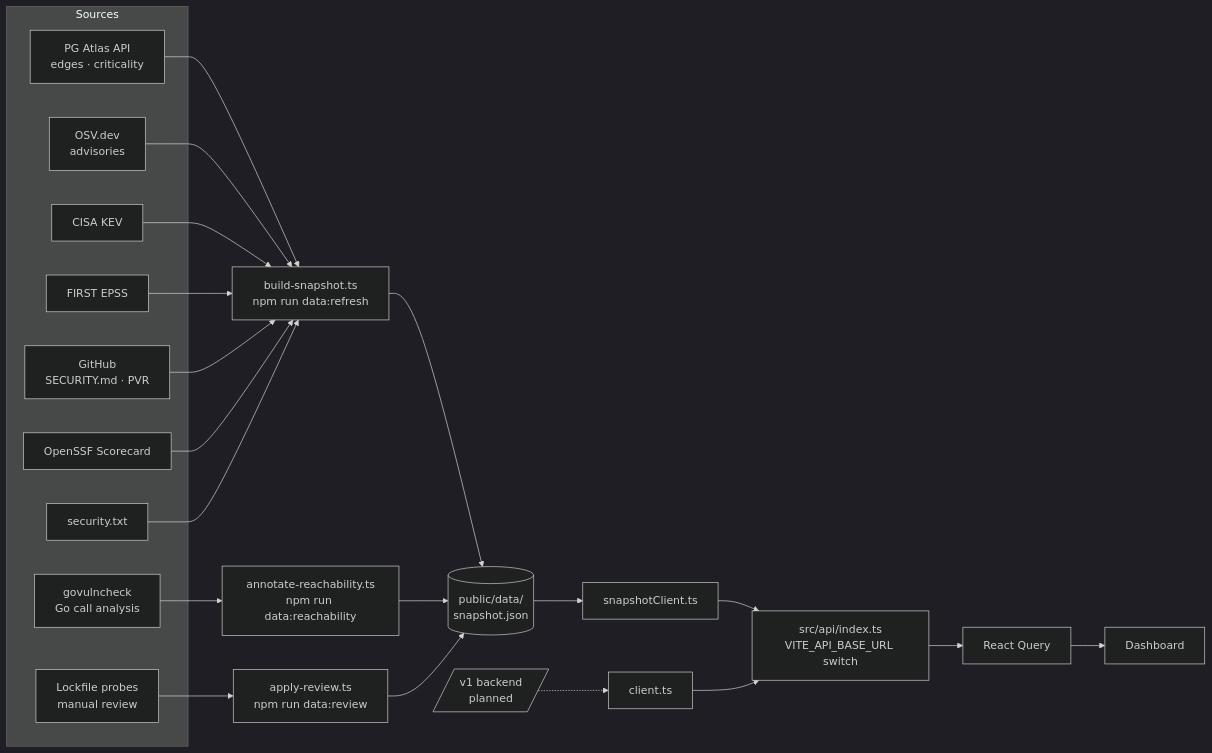
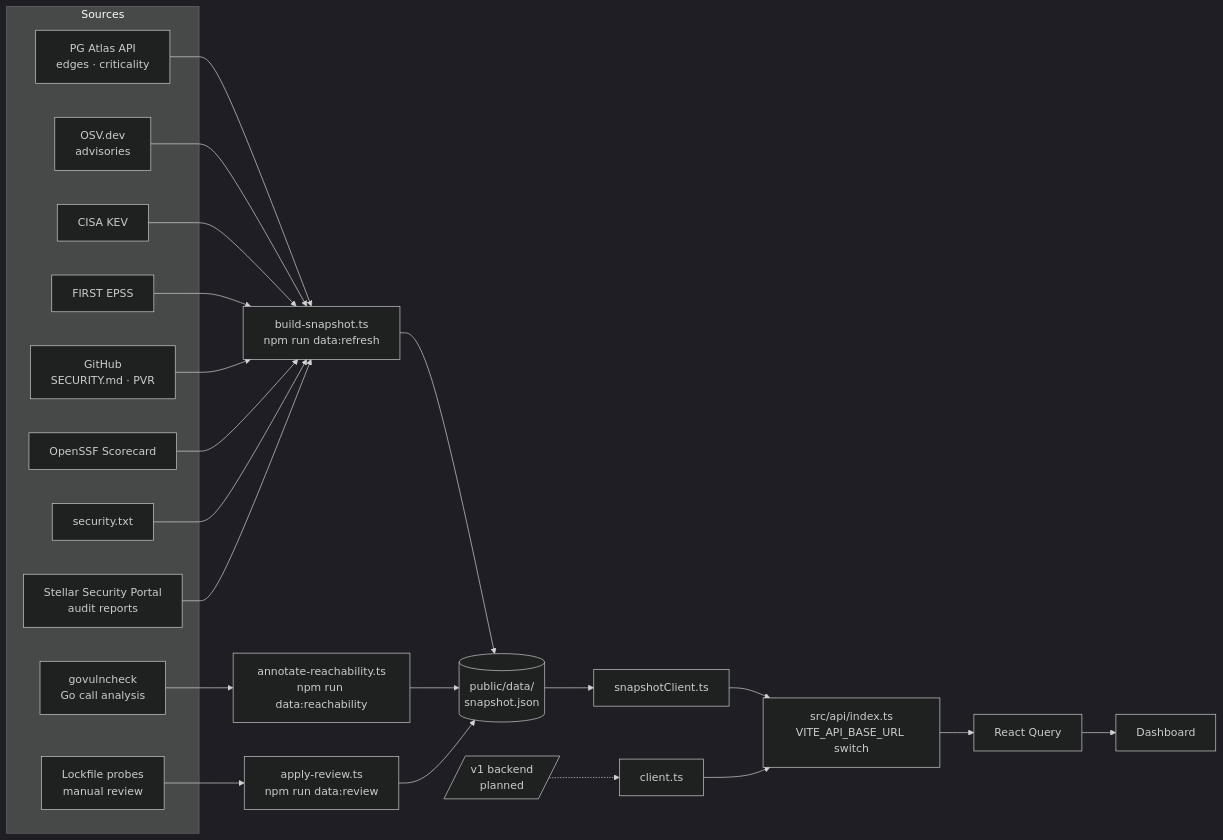
Before and after one commit to ogtechnologiesteam/stellar-pg-aegis-frontend: the diagram in README.md, drawn with Mermaid (dark theme). The commit also changed other lines of this file and 14 other files, not shown here.

Commit message:
Add Security Portal audit integration, snapshot diff, and vulnerability-scan workflows

````diff
--- a/README.md
+++ b/README.md
@@ -38,22 +38,23 @@
 ```mermaid
 flowchart LR
     subgraph Sources
         PG[PG Atlas API<br/>edges · criticality]
         OSV[OSV.dev<br/>advisories]
         KEV[CISA KEV]
         EPSS[FIRST EPSS]
         GH[GitHub<br/>SECURITY.md · PVR]
         OSSF[OpenSSF Scorecard]
         SCTXT[security.txt]
+        SSP[Stellar Security Portal<br/>audit reports]
         GOVC[govulncheck<br/>Go call analysis]
         LOCK[Lockfile probes<br/>manual review]
     end
 
-    PG & OSV & KEV & EPSS & GH & OSSF & SCTXT --> BS[build-snapshot.ts<br/>npm run data:refresh]
+    PG & OSV & KEV & EPSS & GH & OSSF & SCTXT & SSP --> BS[build-snapshot.ts<br/>npm run data:refresh]
     GOVC --> AR[annotate-reachability.ts<br/>npm run data:reachability]
     LOCK --> APR[apply-review.ts<br/>npm run data:review]
     BS & AR & APR --> SNAP[(public/data/<br/>snapshot.json)]
     SNAP --> SC[snapshotClient.ts]
     API[/v1 backend<br/>planned/] -.-> AC[client.ts]
     SC & AC --> IDX[src/api/index.ts<br/>VITE_API_BASE_URL switch] --> RQ[React Query] --> UI[Dashboard]
 ```
````
